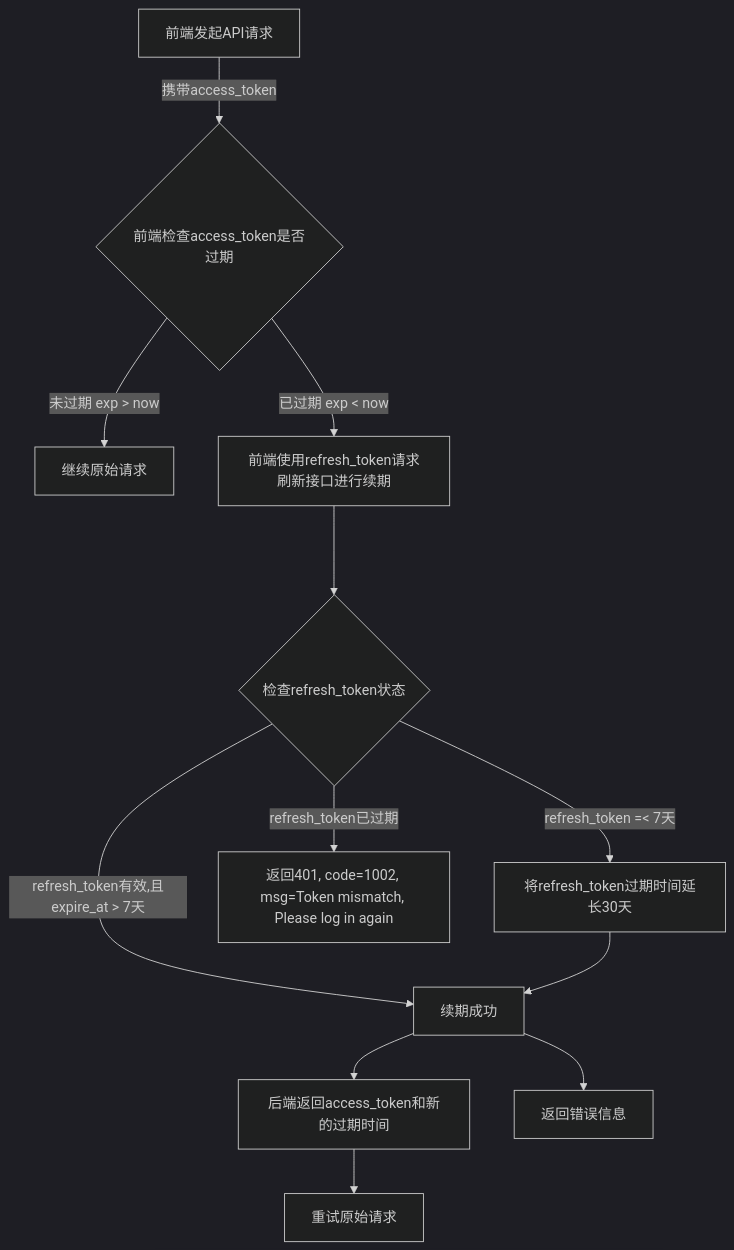
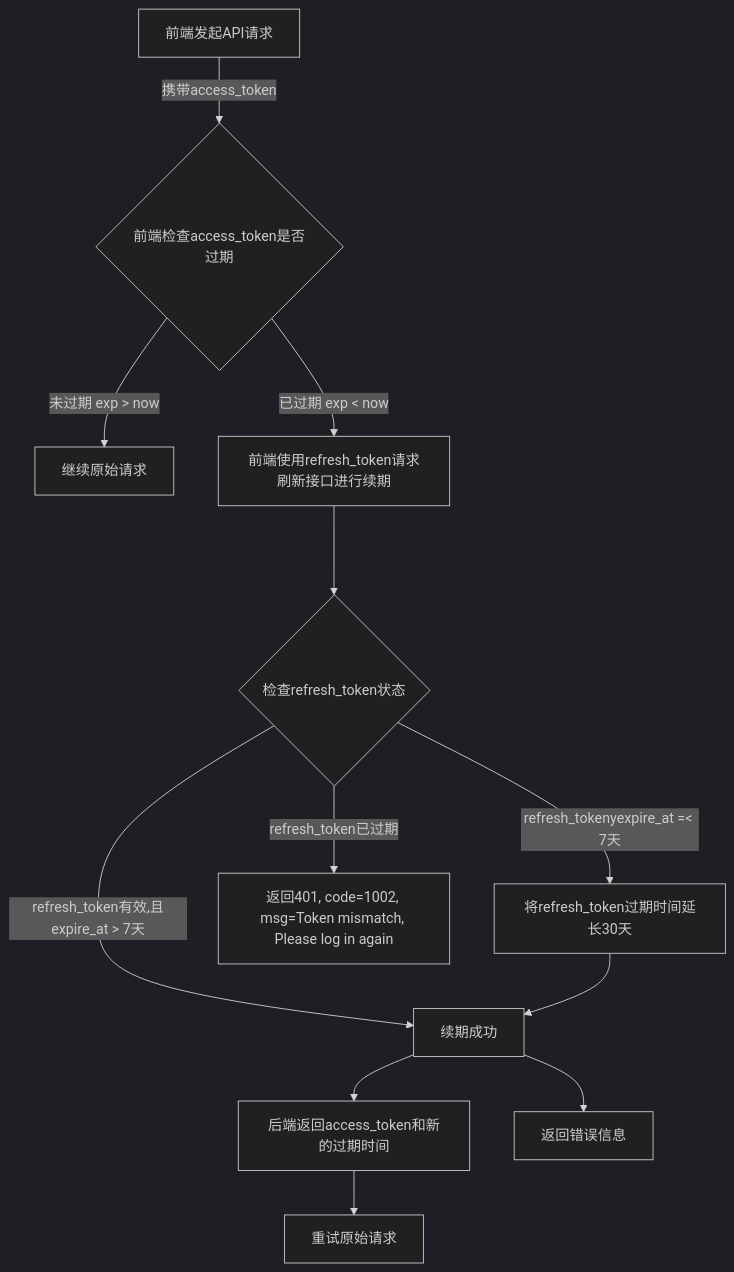
The diagram in all/openAPI-17.md (yingjianzh/iodraw-files), drawn with Mermaid (dark theme) before and after one commit.

Commit message:
2025-01-08 18:16:32 update

````diff
--- a/all/openAPI-17.md
+++ b/all/openAPI-17.md
@@ -1,15 +1,15 @@
 ```mermaid
 flowchart TD
     A[前端发起API请求] -->|携带access_token| B{前端检查access_token是否过期}
     B -->|未过期 exp > now| C[继续原始请求]
     B -->|已过期 exp < now| D[前端使用refresh_token请求刷新接口进行续期]
     D ---> L{检查refresh_token状态}
-    L -->|refresh_token  =< 7天| E[将refresh_token过期时间延长30天]
+    L -->|refresh_tokenyexpire_at =< 7天| E[将refresh_token过期时间延长30天]
     L -->|refresh_token已过期| F[返回401, code=1002, msg=Token mismatch, Please log in again]
     L -->|refresh_token有效,且expire_at > 7天 | G[续期成功]
     G -->H[后端返回access_token和新的过期时间]
     G -->I[返回错误信息]
     H --> J[重试原始请求]
     E --> G
 
 ```
````
